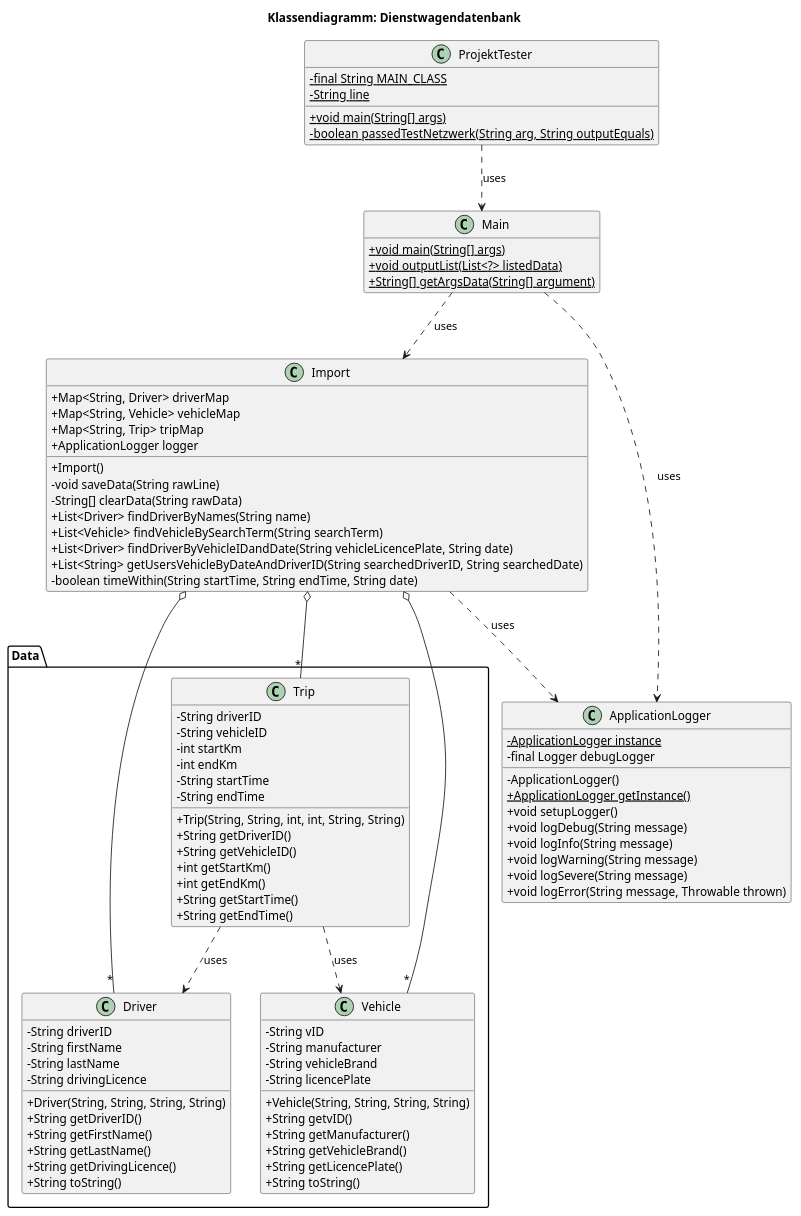
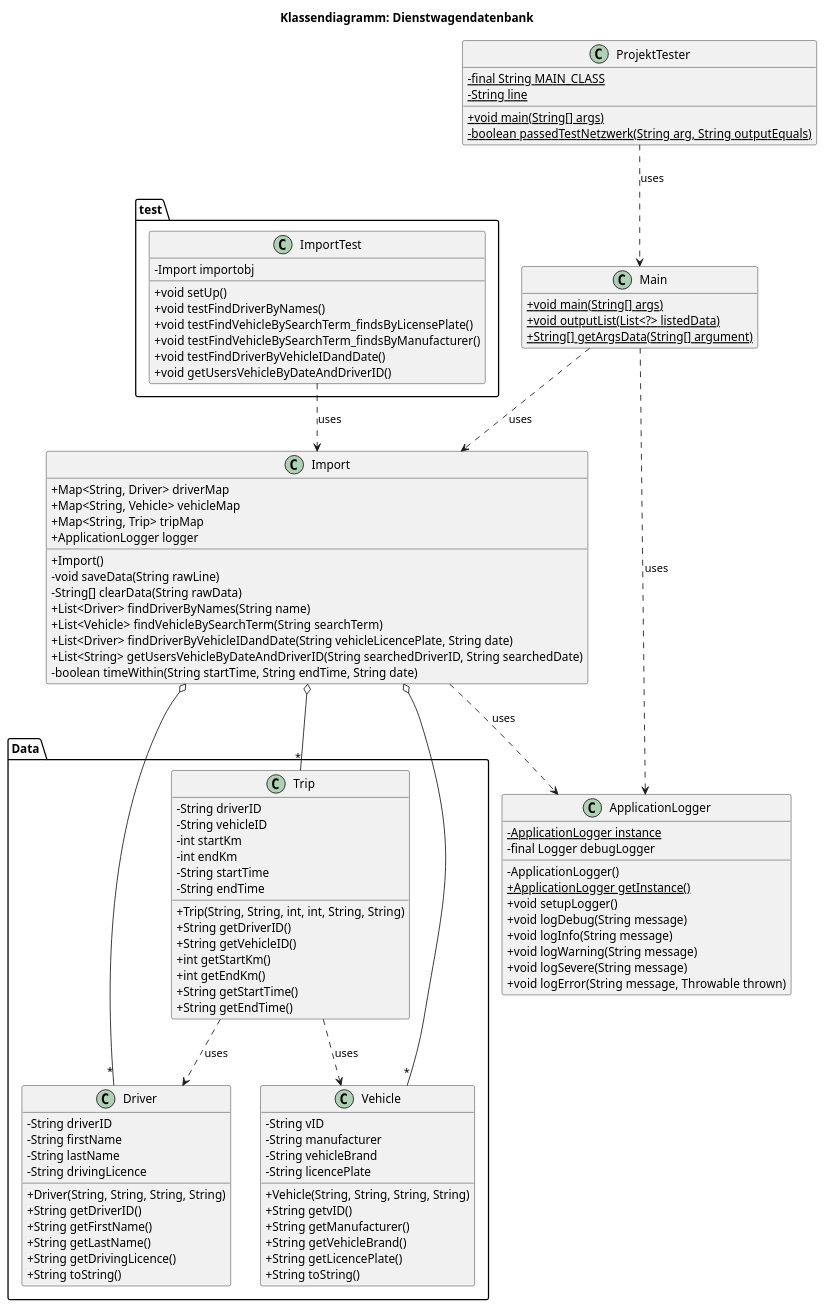
One commit to einerMitW/dienstwagendatenbank changed the diagram in class_diagram.puml. Above: the diagram before and after it, drawn with PlantUML. The commit also changed 7 other files, not shown here.

Commit message:
final: changes in Code formatting. adding of UML drawing.

```diff
--- a/class_diagram.puml
+++ b/class_diagram.puml
@@ -1,106 +1,120 @@
-@startuml
+                   @startuml
 ' Diagram settings
 skinparam classAttributeIconSize 0
 hide empty members
 
 title Klassendiagramm: Dienstwagendatenbank
 
 class Main {
   + {static} void main(String[] args)
   + {static} void outputList(List<?> listedData)
   + {static} String[] getArgsData(String[] argument)
 }
 
 class Import {
   + Map<String, Driver> driverMap
   + Map<String, Vehicle> vehicleMap
   + Map<String, Trip> tripMap
   + ApplicationLogger logger
   + Import()
   - void saveData(String rawLine)
   - String[] clearData(String rawData)
   + List<Driver> findDriverByNames(String name)
   + List<Vehicle> findVehicleBySearchTerm(String searchTerm)
   + List<Driver> findDriverByVehicleIDandDate(String vehicleLicencePlate, String date)
   + List<String> getUsersVehicleByDateAndDriverID(String searchedDriverID, String searchedDate)
   - boolean timeWithin(String startTime, String endTime, String date)
 }
 
 class ApplicationLogger {
   - {static} ApplicationLogger instance
   - final Logger debugLogger
   - ApplicationLogger()
   + {static} ApplicationLogger getInstance()
   + void setupLogger()
   + void logDebug(String message)
   + void logInfo(String message)
   + void logWarning(String message)
   + void logSevere(String message)
   + void logError(String message, Throwable thrown)
 }
 
 class ProjektTester {
     - {static} final String MAIN_CLASS
     - {static} String line
     + {static} void main(String[] args)
     - {static} boolean passedTestNetzwerk(String arg, String outputEquals)
 }
 
 package "Data" {
   class Driver {
     - String driverID
     - String firstName
     - String lastName
     - String drivingLicence
     + Driver(String, String, String, String)
     + String getDriverID()
     + String getFirstName()
     + String getLastName()
     + String getDrivingLicence()
     + String toString()
   }
 
   class Vehicle {
     - String vID
     - String manufacturer
     - String vehicleBrand
     - String licencePlate
     + Vehicle(String, String, String, String)
     + String getvID()
     + String getManufacturer()
     + String getVehicleBrand()
     + String getLicencePlate()
     + String toString()
   }
 
   class Trip {
     - String driverID
     - String vehicleID
     - int startKm
     - int endKm
     - String startTime
     - String endTime
     + Trip(String, String, int, int, String, String)
     + String getDriverID()
     + String getVehicleID()
     + int getStartKm()
     + int getEndKm()
     + String getStartTime()
     + String getEndTime()
   }
 }
 
 ' Relationships
 Main ..> Import : uses
 Main ..> ApplicationLogger : uses
 ProjektTester ..> Main : uses
 
 Import o-- "*" Driver
 Import o-- "*" Vehicle
 Import o-- "*" Trip
 Import ..> ApplicationLogger : uses
 
 Trip ..> Driver : uses
 Trip ..> Vehicle : uses
 
+package "test" {
+  class ImportTest {
+    - Import importobj
+    + void setUp()
+    + void testFindDriverByNames()
+    + void testFindVehicleBySearchTerm_findsByLicensePlate()
+    + void testFindVehicleBySearchTerm_findsByManufacturer()
+    + void testFindDriverByVehicleIDandDate()
+    + void getUsersVehicleByDateAndDriverID()
+  }
+}
+
+ImportTest ..> Import : uses
+
 @enduml
```
